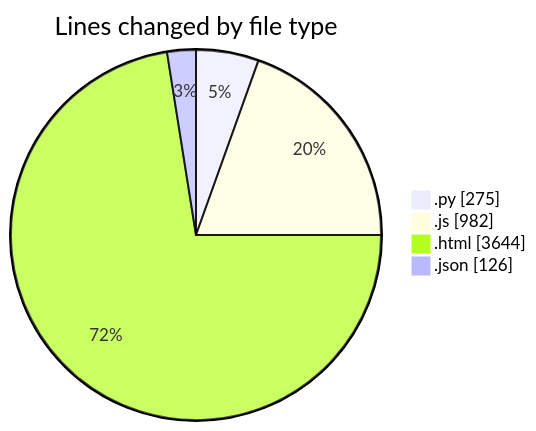
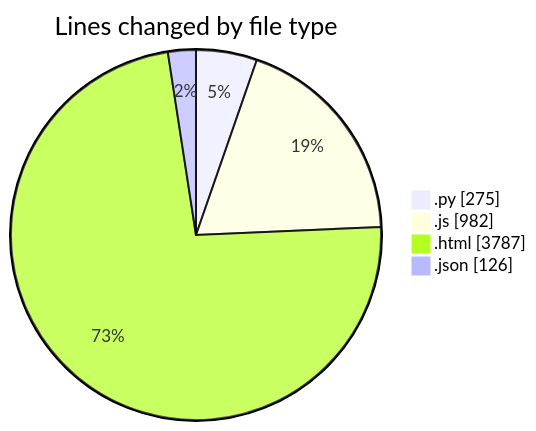
The first of 2 diagrams in 2026-07-09/twenty_versions_aminor/README.md (shibass792/code-tracking), drawn with Mermaid before and after one commit. The commit also changed other lines of this file and 1 other file, not shown here.

````diff
--- a/2026-07-09/twenty_versions_aminor/README.md
+++ b/2026-07-09/twenty_versions_aminor/README.md
@@ -30,8 +30,8 @@
 ```mermaid
 pie showData
 title Lines changed by file type
 ".py" : 275
 ".js" : 982
-".html" : 3644
+".html" : 3787
 ".json" : 126
 ```
````
